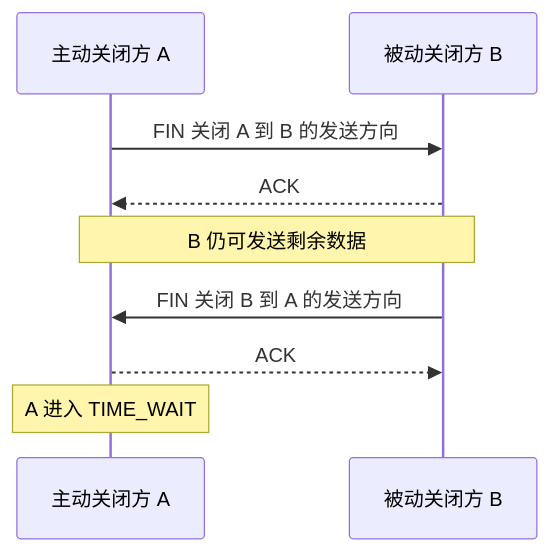
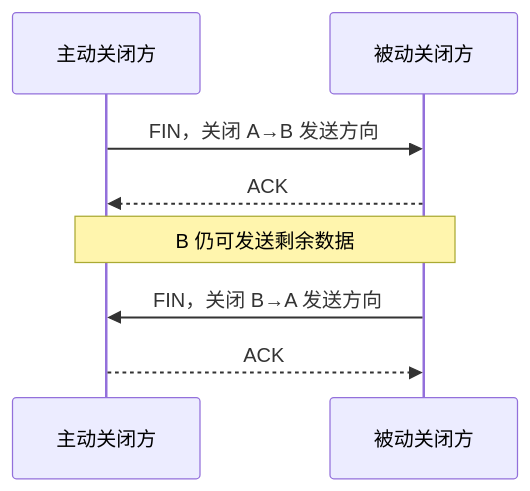
Before and after one commit to ranxi2001/zero2Leetcode: the third of 3 diagrams in 05_interview/fundamentals/cs-core/computer-network/03-transport-tcp/index.md, drawn with Mermaid. The commit also changed other lines of this file and 38 other files, not shown here.

````diff
--- a/05_interview/fundamentals/cs-core/computer-network/03-transport-tcp/index.md
+++ b/05_interview/fundamentals/cs-core/computer-network/03-transport-tcp/index.md
@@ -208,11 +129,10 @@
 ```mermaid
 sequenceDiagram
-    participant A as 主动关闭方 A
-    participant B as 被动关闭方 B
-    A->>B: FIN 关闭 A 到 B 的发送方向
+    participant A as 主动关闭方
+    participant B as 被动关闭方
+    A->>B: FIN，关闭 A→B 发送方向
     B-->>A: ACK
     Note over A,B: B 仍可发送剩余数据
-    B->>A: FIN 关闭 B 到 A 的发送方向
+    B->>A: FIN，关闭 B→A 发送方向
     A-->>B: ACK
-    Note over A: A 进入 TIME_WAIT
 ```
````
